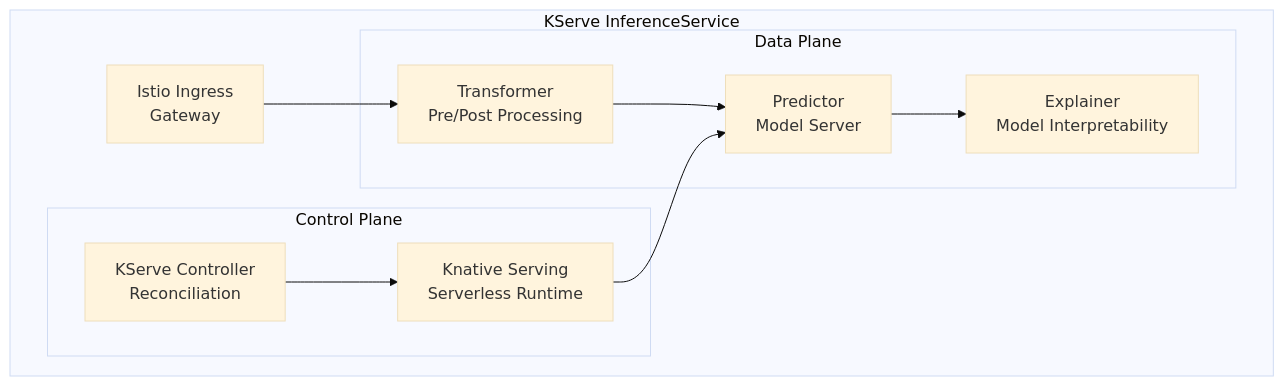
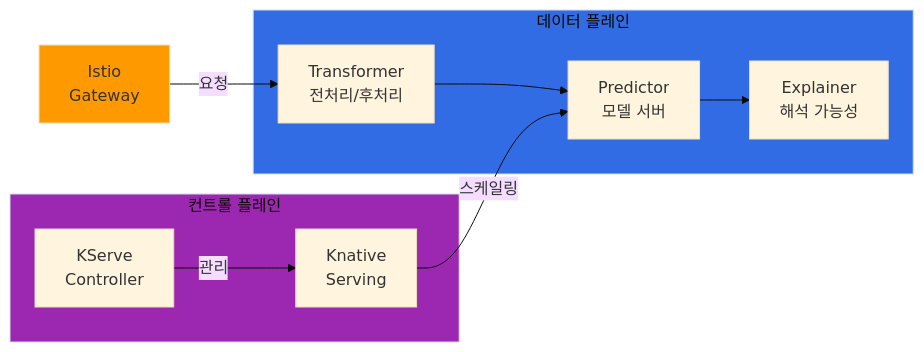
Before and after one commit to devfloor9/engineering-playbook: the fourth of 6 diagrams in docs/agentic-ai-platform/operations-mlops/mlops-pipeline-eks.md, drawn with Mermaid (base theme). The commit also changed other lines of this file and 24 other files, not shown here.

````diff
--- a/docs/agentic-ai-platform/operations-mlops/mlops-pipeline-eks.md
+++ b/docs/agentic-ai-platform/operations-mlops/mlops-pipeline-eks.md
@@ -690,24 +697,26 @@
 ```mermaid
-flowchart TB
-    subgraph "KServe InferenceService"
-        INGRESS[Istio Ingress<br/>Gateway]
-        
-        subgraph "Data Plane"
-            PREDICTOR[Predictor<br/>Model Server]
-            TRANSFORMER[Transformer<br/>Pre/Post Processing]
-            EXPLAINER[Explainer<br/>Model Interpretability]
-        end
-        
-        subgraph "Control Plane"
-            CONTROLLER[KServe Controller<br/>Reconciliation]
-            KNATIVE[Knative Serving<br/>Serverless Runtime]
-        end
+flowchart LR
+    INGRESS[Istio<br/>Gateway]
+
+    subgraph DataPlane["데이터 플레인"]
+        TRANSFORMER[Transformer<br/>전처리/후처리]
+        PREDICTOR[Predictor<br/>모델 서버]
+        EXPLAINER[Explainer<br/>해석 가능성]
     end
-    
-    INGRESS --> TRANSFORMER
+
+    subgraph ControlPlane["컨트롤 플레인"]
+        CONTROLLER[KServe<br/>Controller]
+        KNATIVE[Knative<br/>Serving]
+    end
+
+    INGRESS -->|요청| TRANSFORMER
     TRANSFORMER --> PREDICTOR
     PREDICTOR --> EXPLAINER
-    
-    CONTROLLER --> KNATIVE
-    KNATIVE --> PREDICTOR
+
+    CONTROLLER -->|관리| KNATIVE
+    KNATIVE -->|스케일링| PREDICTOR
+
+    style DataPlane fill:#326ce5
+    style ControlPlane fill:#9c27b0
+    style INGRESS fill:#ff9900
 ```
````
